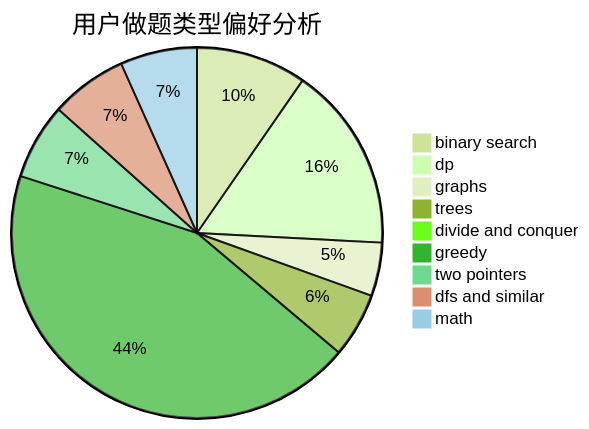
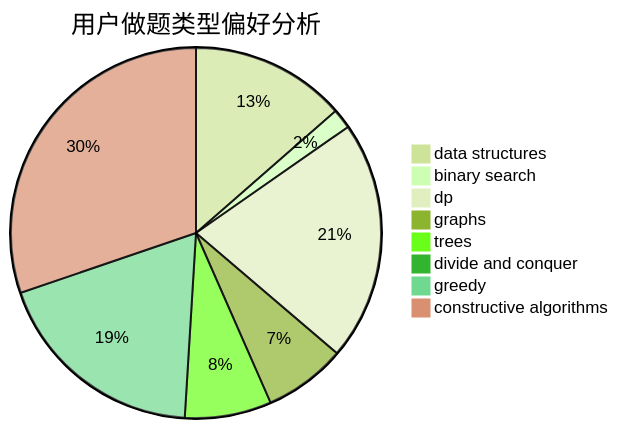
One commit to sherpahu/cfrs.github.io changed the second of 3 diagrams in docs/user/u1201.md. Above: the diagram before and after it, drawn with Mermaid (forest theme). The commit also changed other lines of this file and 2775 other files, not shown here.

````diff
--- a/docs/user/u1201.md
+++ b/docs/user/u1201.md
@@ -23,12 +23,11 @@
 ```mermaid
 pie title 用户做题类型偏好分析
-    "binary search" :  128
-    "dp" :  215
-    "graphs" :  62
-    "trees" :  75
-    "divide and conquer" :  9
-    "greedy" :  582
-    "two pointers" :  88
-    "dfs and similar" :  89
-    "math" :  89
+    "data structures" :  70
+    "binary search" :  9
+    "dp" :  108
+    "graphs" :  37
+    "trees" :  39
+    "divide and conquer" :  3
+    "greedy" :  97
+    "constructive algorithms" :  156
 ```
````
